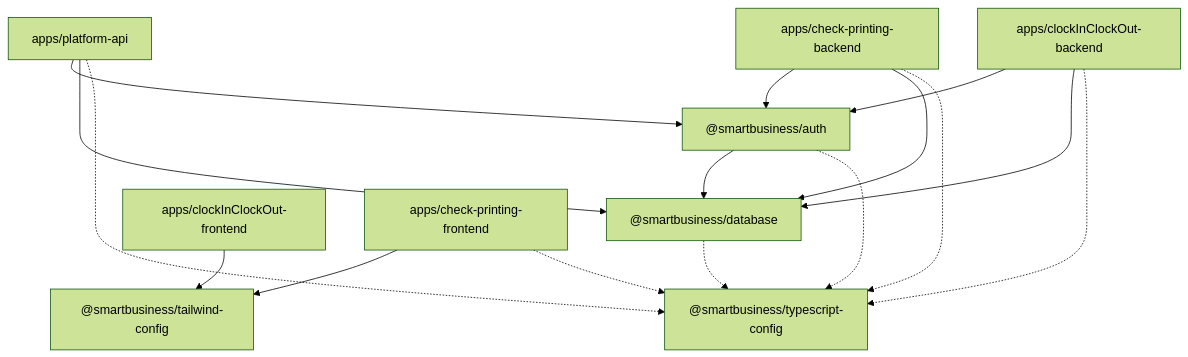
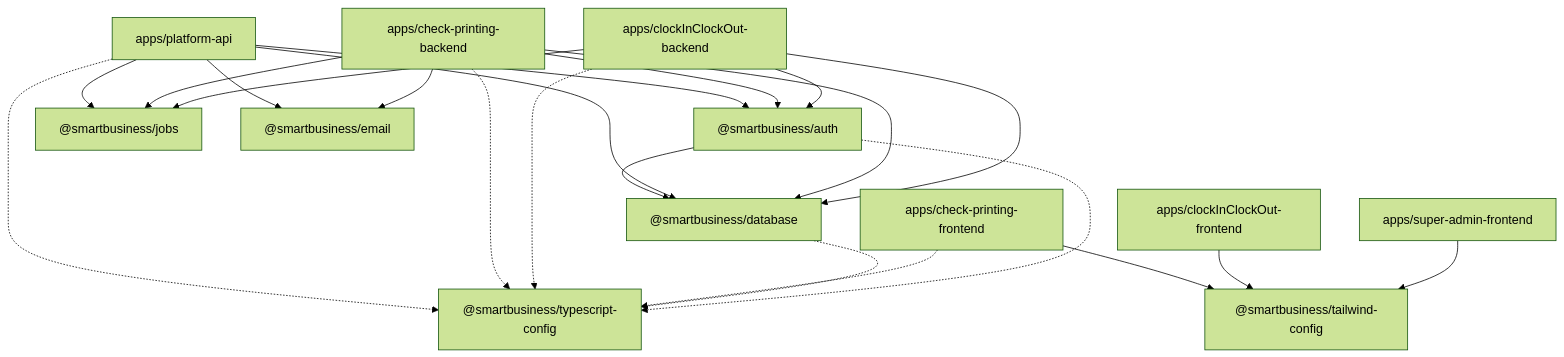
One commit to smartbusinesssolution1/smartbusiness-solution changed the diagram in README.md. Above: the diagram before and after it, drawn with Mermaid (forest theme). The commit also changed other lines of this file, not shown here.

````diff
--- a/README.md
+++ b/README.md
@@ -82,30 +96,39 @@
 ```mermaid
 graph TD
     DB["@smartbusiness/database"]
     AUTH["@smartbusiness/auth"]
+    JOBS["@smartbusiness/jobs"]
+    EMAIL["@smartbusiness/email"]
     TS["@smartbusiness/typescript-config"]
     TAILWIND["@smartbusiness/tailwind-config"]
 
     PLATFORM["apps/platform-api"]
     CHECK["apps/check-printing-backend"]
     CLOCK["apps/clockInClockOut-backend"]
     CLOCK_FE["apps/clockInClockOut-frontend"]
     PORTAL["apps/check-printing-frontend"]
+    ADMIN_FE["apps/super-admin-frontend"]
 
     AUTH --> DB
     PLATFORM --> AUTH
     PLATFORM --> DB
+    PLATFORM --> JOBS
+    PLATFORM --> EMAIL
     CHECK --> AUTH
     CHECK --> DB
+    CHECK --> JOBS
+    CHECK --> EMAIL
     CLOCK --> AUTH
     CLOCK --> DB
+    CLOCK --> JOBS
     PORTAL --> TAILWIND
     CLOCK_FE --> TAILWIND
+    ADMIN_FE --> TAILWIND
 
     PLATFORM -.-> TS
     CHECK -.-> TS
     CLOCK -.-> TS
     PORTAL -.-> TS
     DB -.-> TS
     AUTH -.-> TS
 ```
````
